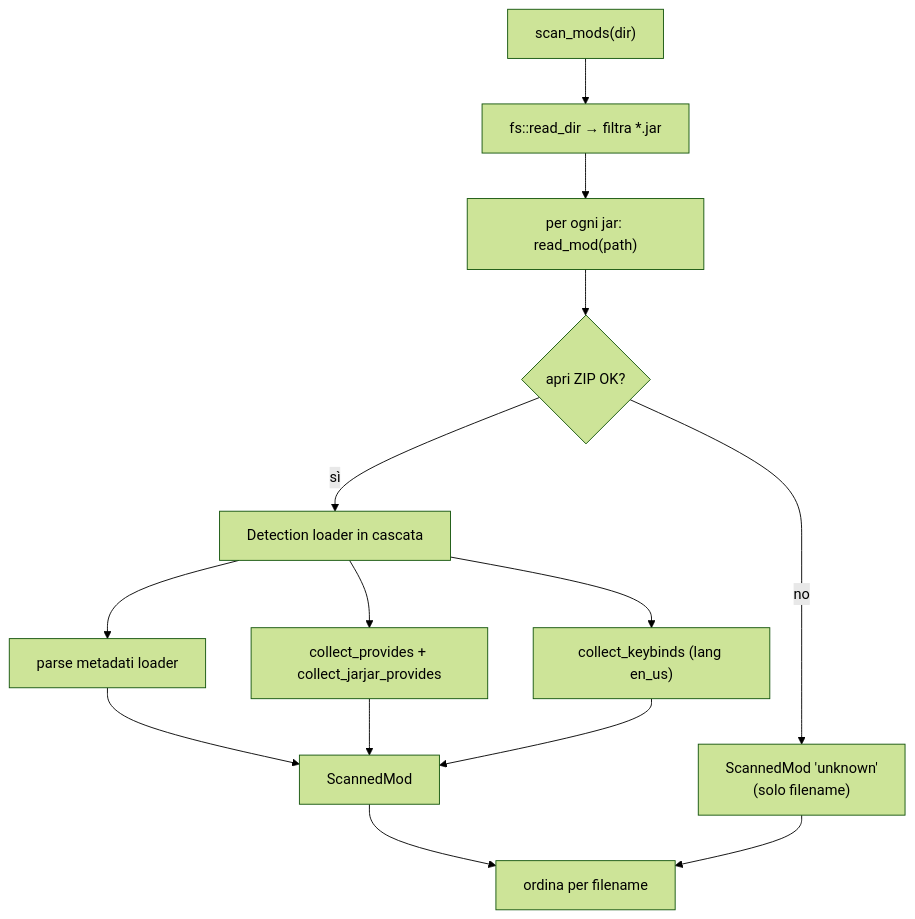
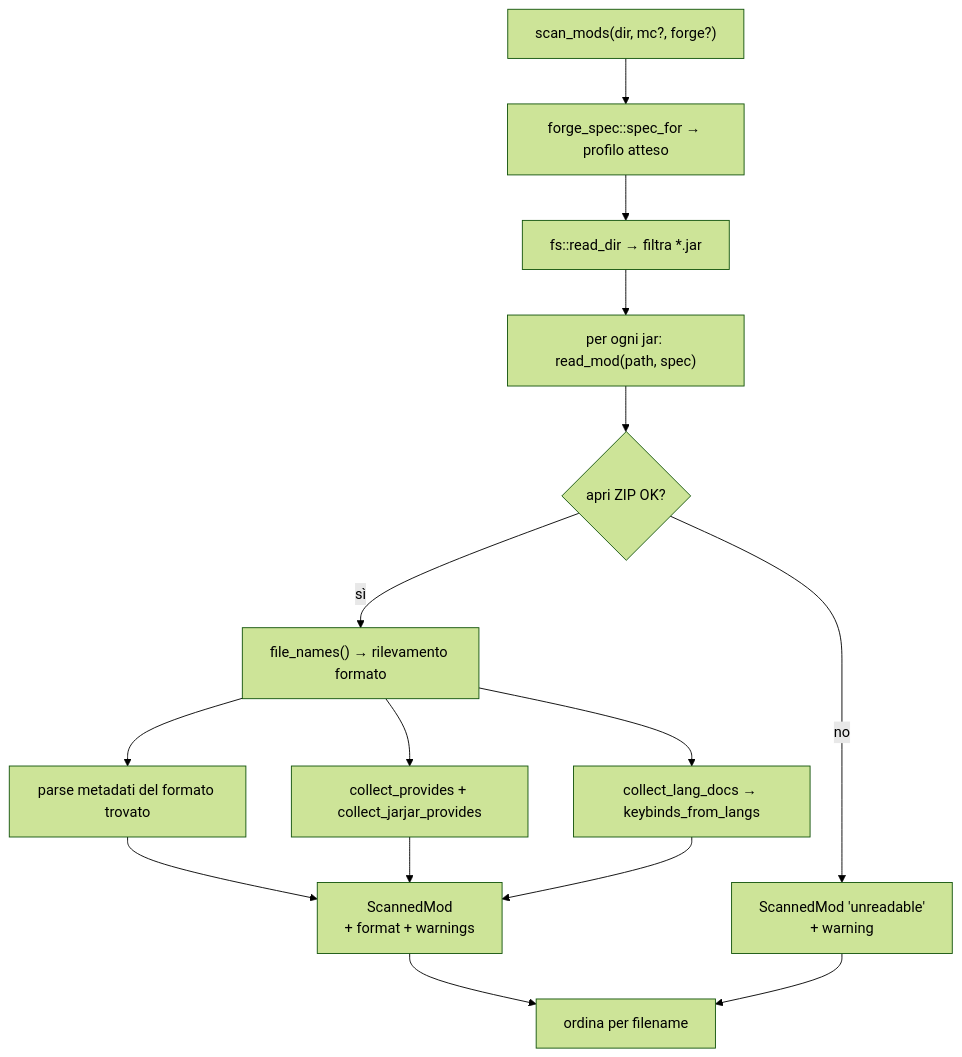
One commit to Alexkill536ITA/ForgeModpack changed the second of 5 diagrams in docs/it/tecnica/06-scansione.md. Above: the diagram before and after it, drawn with Mermaid (forest theme). The commit also changed other lines of this file and 21 other files, not shown here.

````diff
--- a/docs/it/tecnica/06-scansione.md
+++ b/docs/it/tecnica/06-scansione.md
@@ -9,16 +49,17 @@
 ```mermaid
 flowchart TD
-    Start["scan_mods(dir)"] --> List["fs::read_dir → filtra *.jar"]
-    List --> Loop["per ogni jar: read_mod(path)"]
+    Start["scan_mods(dir, mc?, forge?)"] --> Spec["forge_spec::spec_for → profilo atteso"]
+    Spec --> List["fs::read_dir → filtra *.jar"]
+    List --> Loop["per ogni jar: read_mod(path, spec)"]
     Loop --> Open{"apri ZIP OK?"}
-    Open -->|no| Unknown["ScannedMod 'unknown'<br/>(solo filename)"]
-    Open -->|sì| Detect["Detection loader in cascata"]
-    Detect --> Meta["parse metadati loader"]
-    Detect --> Prov["collect_provides + collect_jarjar_provides"]
-    Detect --> Keys["collect_keybinds (lang en_us)"]
-    Meta --> Result["ScannedMod"]
+    Open -->|no| Bad["ScannedMod 'unreadable'<br/>+ warning"]
+    Open -->|sì| Names["file_names() → rilevamento formato"]
+    Names --> Meta["parse metadati del formato trovato"]
+    Names --> Prov["collect_provides + collect_jarjar_provides"]
+    Names --> Keys["collect_lang_docs → keybinds_from_langs"]
+    Meta --> Result["ScannedMod<br/>+ format + warnings"]
     Prov --> Result
     Keys --> Result
     Result --> SortM["ordina per filename"]
-    Unknown --> SortM
+    Bad --> SortM
 ```
````
